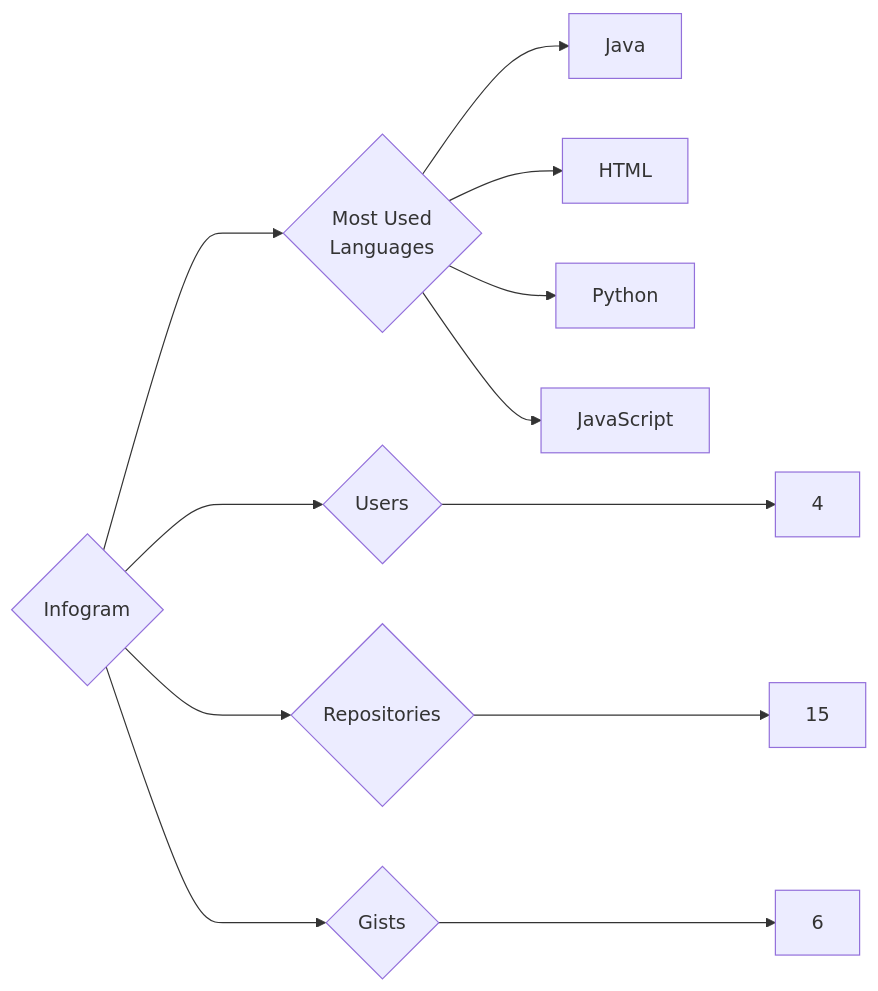
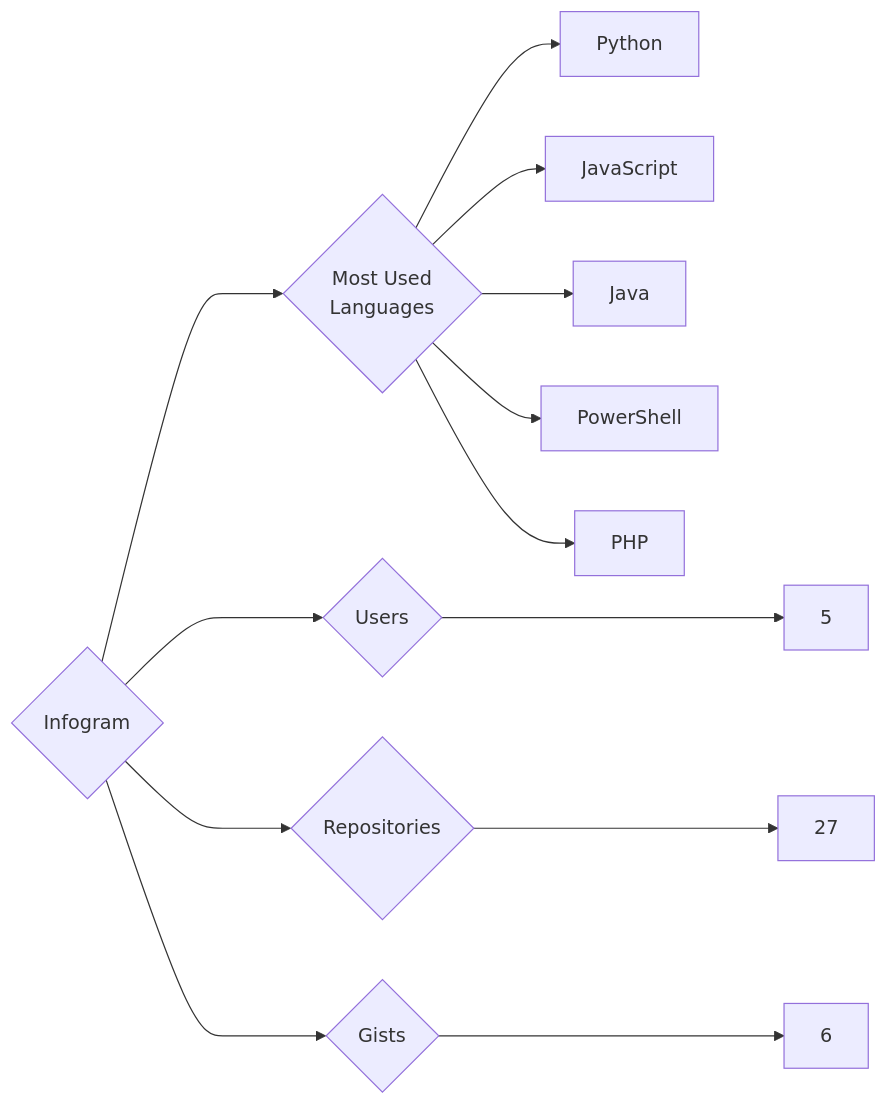
Before and after one commit to trickest/insiders: the diagram in targets/Infogram/README.md, drawn with Mermaid. The commit also changed 1084 other files, not shown here.

````diff
--- a/targets/Infogram/README.md
+++ b/targets/Infogram/README.md
@@ -3,12 +3,13 @@
 ```mermaid
 graph LR
 COMPANY_NAME{Infogram}
-COMPANY_NAME ---> U{Users} ---> UN[4]
-COMPANY_NAME ---> R{Repositories} ---> RN[15]
+COMPANY_NAME ---> U{Users} ---> UN[5]
+COMPANY_NAME ---> R{Repositories} ---> RN[27]
 COMPANY_NAME ---> G{Gists} ---> GN[6]
 COMPANY_NAME ---> ML{Most Used<br>Languages}
-ML --> Java[Java]
-ML --> HTML[HTML]
 ML --> Python[Python]
 ML --> JavaScript[JavaScript]
+ML --> Java[Java]
+ML --> PowerShell[PowerShell]
+ML --> PHP[PHP]
 ```
````
